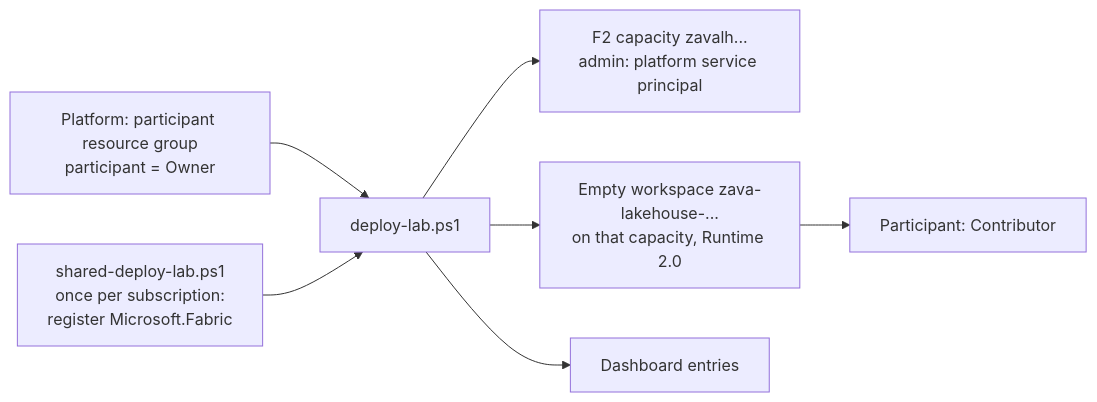
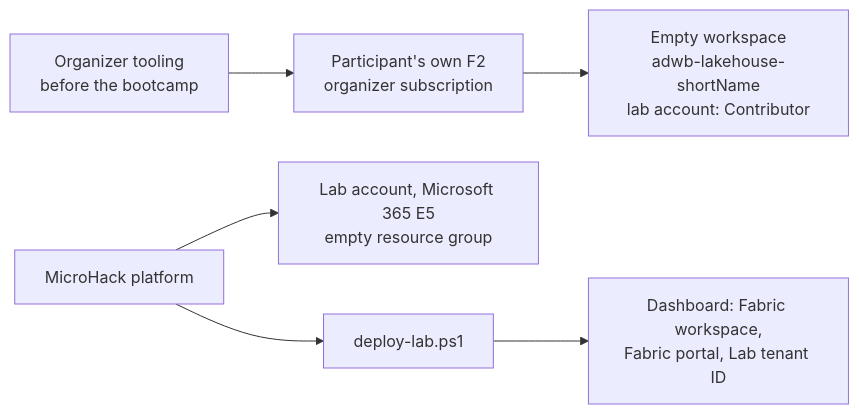
One commit to Natethebuilder/lakehouse-fabric-winter-bootcamp-labs changed the diagram in labautomation/README.md. Above: the diagram before and after it, drawn with Mermaid. The commit also changed other lines of this file and 5 other files, not shown here.

First line of the commit message:
Use the participant's organizer-provisioned Fabric capacity (contract v1)

````diff
--- a/labautomation/README.md
+++ b/labautomation/README.md
@@ -25,9 +49,7 @@
 ```mermaid
 flowchart LR
-    P[Platform: participant resource group<br/>participant = Owner] --> D[deploy-lab.ps1]
-    S[shared-deploy-lab.ps1<br/>once per subscription:<br/>register Microsoft.Fabric] --> D
-    D --> C[F2 capacity zavalh...<br/>admin: platform service principal]
-    D --> W[Empty workspace zava-lakehouse-...<br/>on that capacity, Runtime 2.0]
-    W --> R[Participant: Contributor]
-    D --> H[Dashboard entries]
+    O[Organizer tooling<br/>before the bootcamp] --> C[Participant's own F2<br/>organizer subscription]
+    C --> W[Empty workspace<br/>adwb-lakehouse-shortName<br/>lab account: Contributor]
+    P[MicroHack platform] --> U[Lab account, Microsoft 365 E5<br/>empty resource group]
+    P --> D[deploy-lab.ps1] --> H[Dashboard: Fabric workspace,<br/>Fabric portal, Lab tenant ID]
 ```
````
